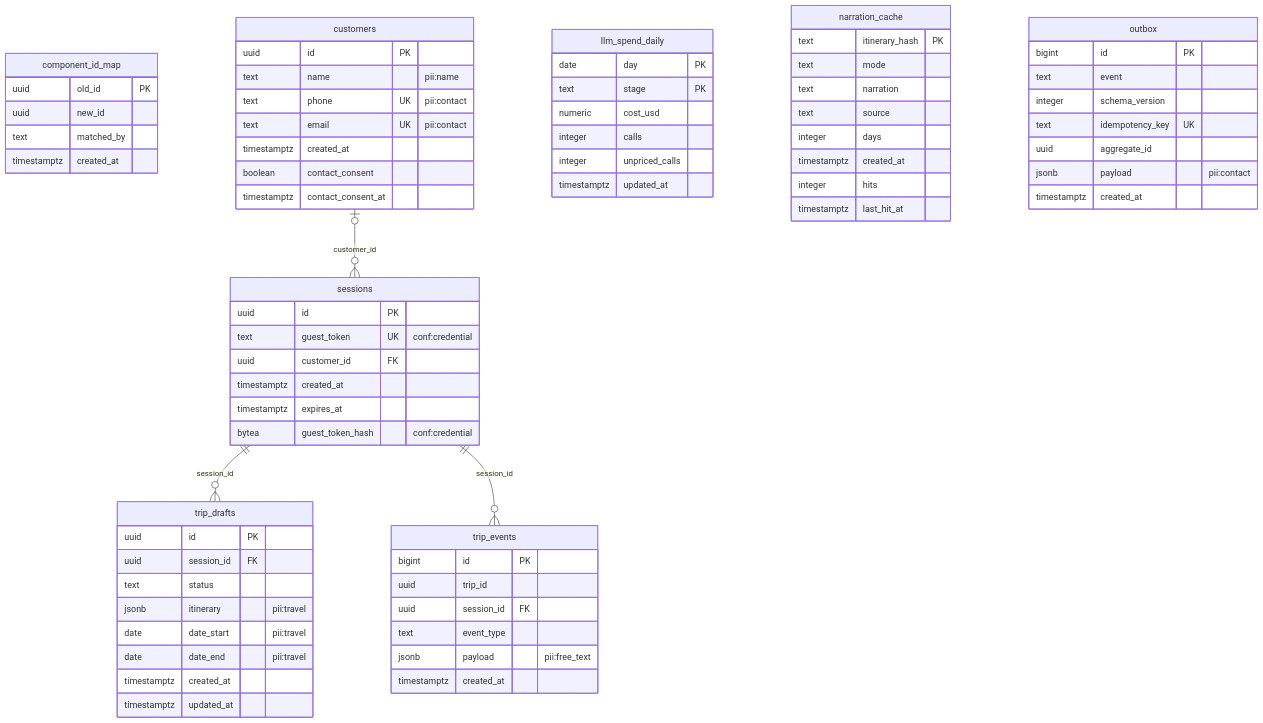
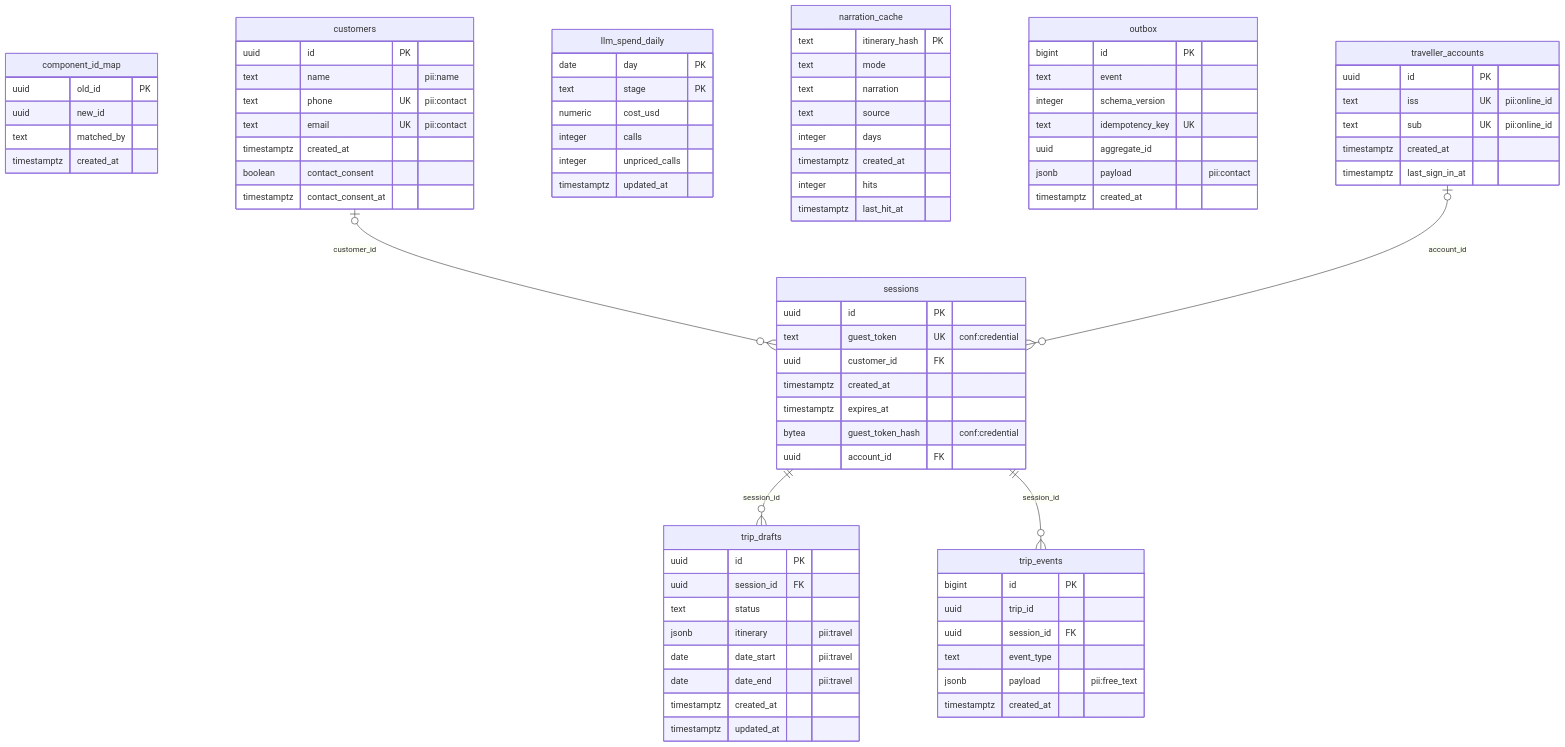
Before and after one commit to AdventureAsia365-Ecosys/AA-Ecosys: the diagram in docs/architecture/erd/design/tripplanner.md, drawn with Mermaid. The commit also changed other lines of this file, not shown here.

Commit message:
docs: sync the TripPlanner design ERD with tp-019 (#252)
The enforced design ERD for `tripplanner` was still at tp-018, so every
DB Schema Dump since tp-019 failed its "Design ERD drift" step (2
findings: table `traveller_accounts`, FK `sessions.account_id`).

Adds both to `docs/architecture/erd/design/tripplanner.md`. Proven with
a DB Schema Dump run that reads design pages from this branch
(`design_ref`).

Refs AA-853, AA-908

🤖 Generated with [Claude Code](https://claude.com/claude-code)

````diff
--- a/docs/architecture/erd/design/tripplanner.md
+++ b/docs/architecture/erd/design/tripplanner.md
@@ -77,6 +78,14 @@
         timestamptz created_at
         timestamptz expires_at
         bytea guest_token_hash "conf:credential"
+        uuid account_id FK
+    }
+    traveller_accounts {
+        uuid id PK
+        text iss UK "pii:online_id"
+        text sub UK "pii:online_id"
+        timestamptz created_at
+        timestamptz last_sign_in_at
     }
     trip_drafts {
         uuid id PK
@@ -99,4 +108,5 @@
     customers |o--o{ sessions : "customer_id"
     sessions ||--o{ trip_drafts : "session_id"
     sessions ||--o{ trip_events : "session_id"
+    traveller_accounts |o--o{ sessions : "account_id"
 ```
````
